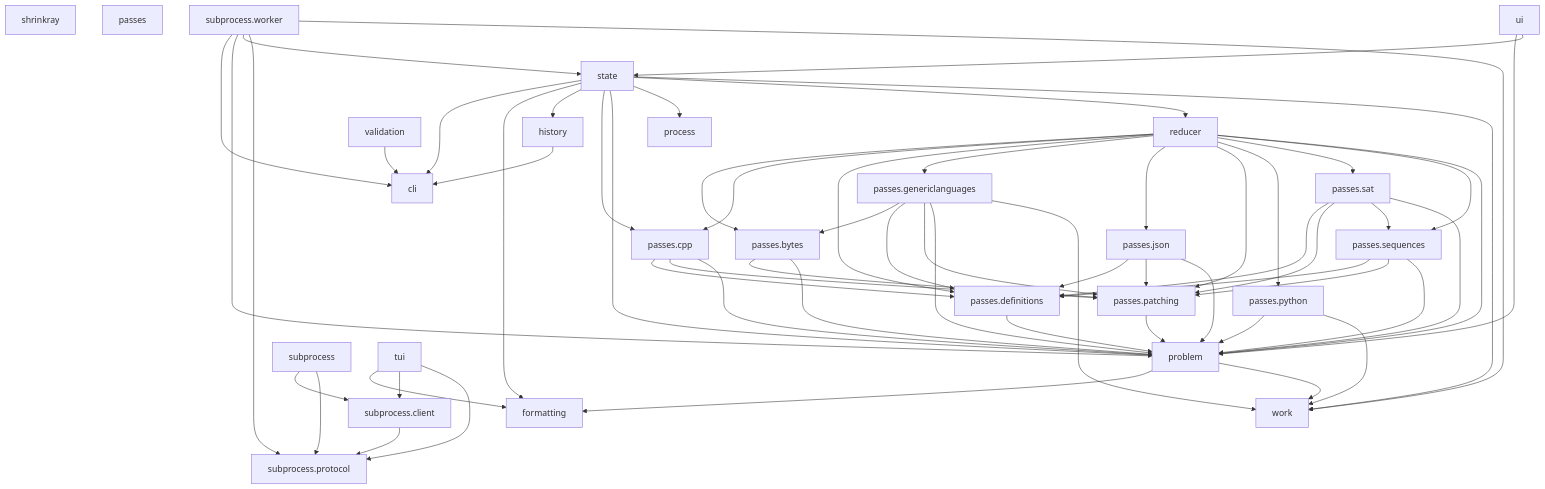
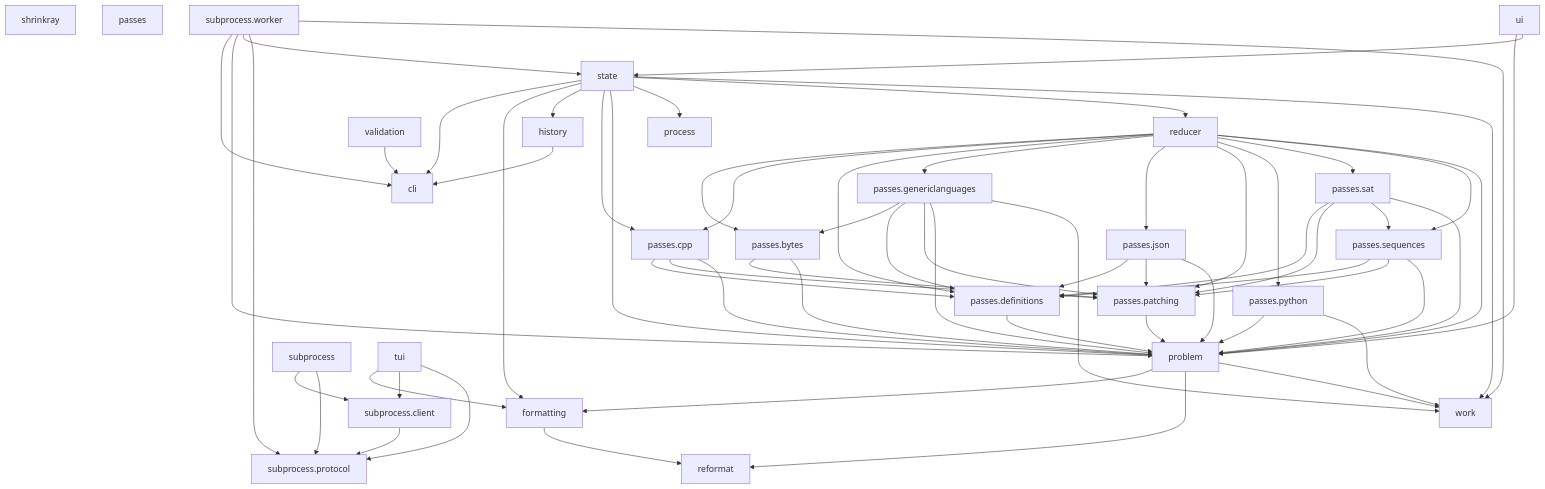
The diagram in notes/import-graph.md (DRMacIver/shrinkray), drawn with Mermaid before and after one commit. The commit also changed 1 other file, not shown here.

Commit message:
Regenerate stale import graph notes
The generated import graph had drifted from the code (it predated the
reformat module among other changes). Regenerated with
scripts/update_import_graph.py.

````diff
--- a/notes/import-graph.md
+++ b/notes/import-graph.md
@@ -23,16 +23,18 @@
     n14[problem]
     n15[process]
     n16[reducer]
-    n17[state]
-    n18[subprocess]
-    n19[subprocess.client]
-    n20[subprocess.protocol]
-    n21[subprocess.worker]
-    n22[tui]
-    n23[ui]
-    n24[validation]
-    n25[work]
+    n17[reformat]
+    n18[state]
+    n19[subprocess]
+    n20[subprocess.client]
+    n21[subprocess.protocol]
+    n22[subprocess.worker]
+    n23[tui]
+    n24[ui]
+    n25[validation]
+    n26[work]
 
+    n2 --> n17
     n3 --> n1
     n5 --> n10
     n5 --> n14
@@ -44,13 +46,13 @@
     n8 --> n7
     n8 --> n10
     n8 --> n14
-    n8 --> n25
+    n8 --> n26
     n9 --> n7
     n9 --> n10
     n9 --> n14
     n10 --> n14
     n11 --> n14
-    n11 --> n25
+    n11 --> n26
     n12 --> n7
     n12 --> n10
     n12 --> n13
@@ -59,7 +61,8 @@
     n13 --> n10
     n13 --> n14
     n14 --> n2
-    n14 --> n25
+    n14 --> n17
+    n14 --> n26
     n16 --> n5
     n16 --> n6
     n16 --> n7
@@ -70,26 +73,26 @@
     n16 --> n12
     n16 --> n13
     n16 --> n14
-    n17 --> n1
-    n17 --> n2
-    n17 --> n3
-    n17 --> n6
-    n17 --> n14
-    n17 --> n15
-    n17 --> n16
-    n17 --> n25
-    n18 --> n19
-    n18 --> n20
+    n18 --> n1
+    n18 --> n2
+    n18 --> n3
+    n18 --> n6
+    n18 --> n14
+    n18 --> n15
+    n18 --> n16
+    n18 --> n26
     n19 --> n20
-    n21 --> n1
-    n21 --> n14
-    n21 --> n17
-    n21 --> n20
-    n21 --> n25
-    n22 --> n2
-    n22 --> n19
-    n22 --> n20
-    n23 --> n14
-    n23 --> n17
-    n24 --> n1
+    n19 --> n21
+    n20 --> n21
+    n22 --> n1
+    n22 --> n14
+    n22 --> n18
+    n22 --> n21
+    n22 --> n26
+    n23 --> n2
+    n23 --> n20
+    n23 --> n21
+    n24 --> n14
+    n24 --> n18
+    n25 --> n1
 ```
````
